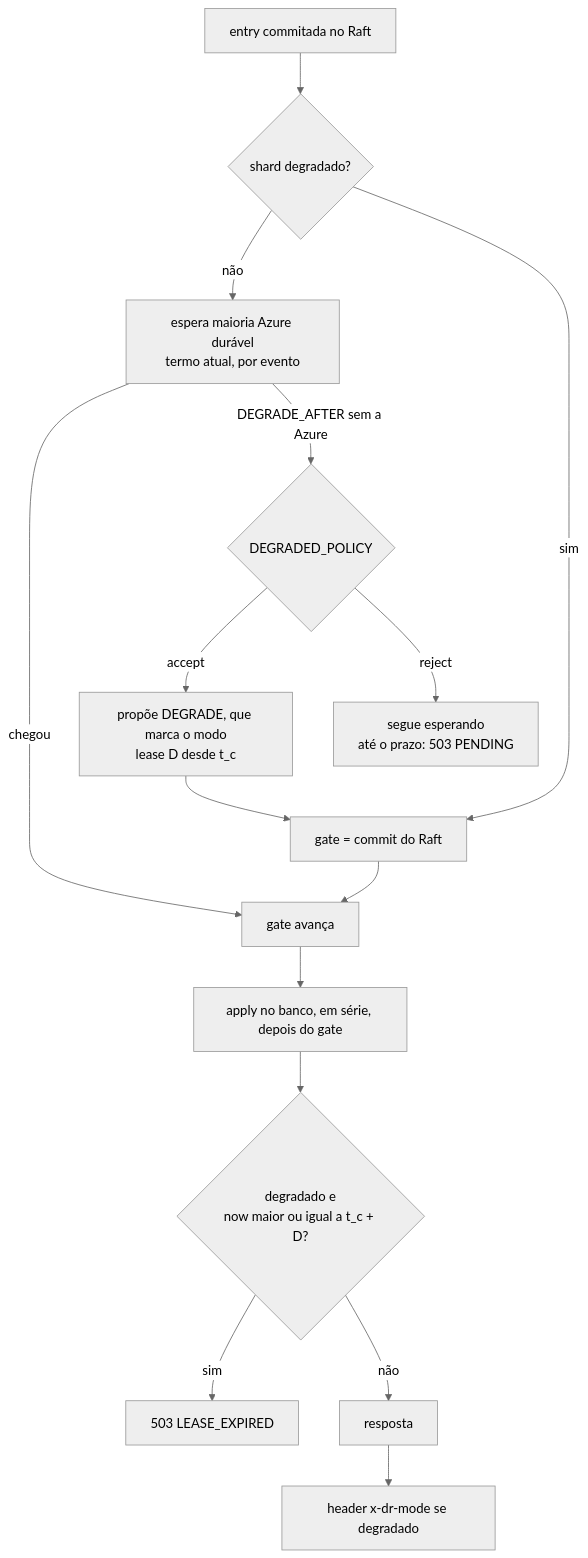
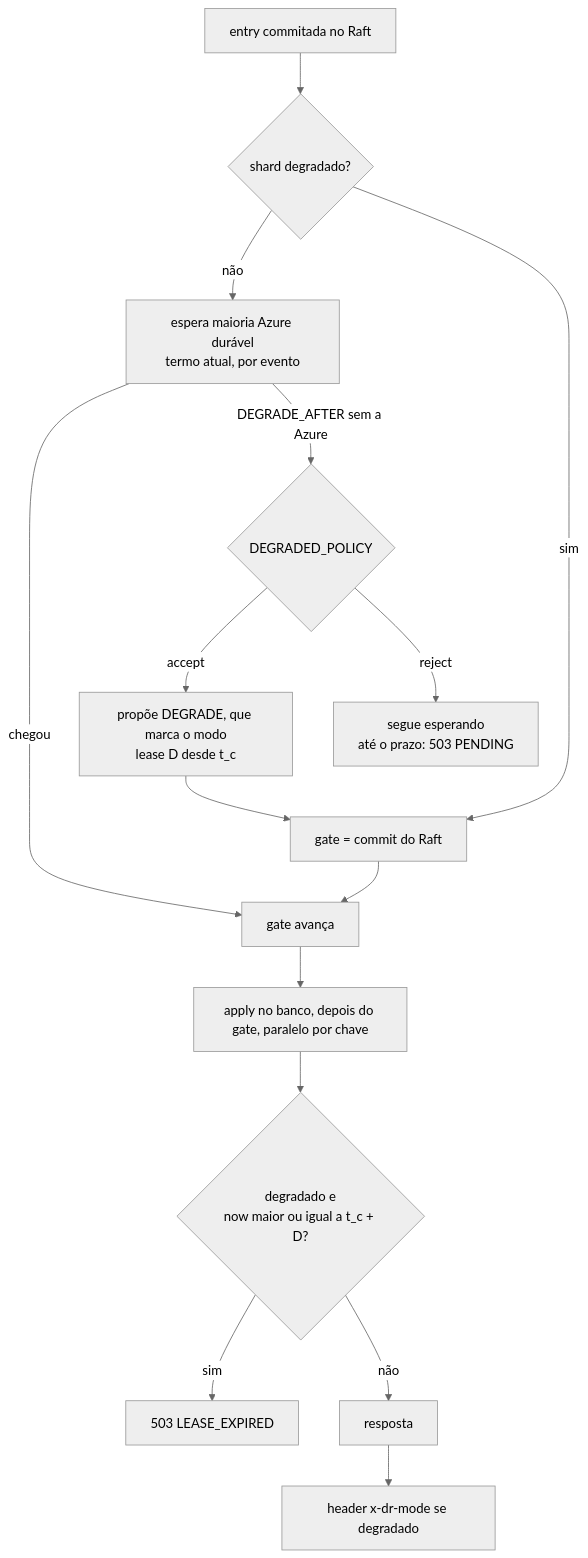
Before and after one commit to brbarmex/k: the seventh of 10 diagrams in doc/05_implementacao/02_desenho_e_diagramas.md, drawn with Mermaid (neutral theme). The commit also changed other lines of this file and 124 other files, not shown here.

````diff
--- a/doc/05_implementacao/02_desenho_e_diagramas.md
+++ b/doc/05_implementacao/02_desenho_e_diagramas.md
@@ -229,17 +229,17 @@
 ```mermaid
 flowchart TD
     A["entry commitada no Raft"] --> B{"shard degradado?"}
     B -->|não| C["espera maioria Azure durável<br/>termo atual, por evento"]
     B -->|sim| D["gate = commit do Raft"]
     C -->|chegou| E["gate avança"]
     C -->|"DEGRADE_AFTER sem a Azure"| P{"DEGRADED_POLICY"}
     P -->|accept| F["propõe DEGRADE, que marca o modo<br/>lease D desde t_c"]
     P -->|reject| R["segue esperando<br/>até o prazo: 503 PENDING"]
     F --> D
     D --> E
-    E --> G["apply no banco, em série, depois do gate"]
+    E --> G["apply no banco, depois do gate, paralelo por chave"]
     G --> L{"degradado e<br/>now maior ou igual a t_c + D?"}
     L -->|sim| X["503 LEASE_EXPIRED"]
     L -->|não| K["resposta"]
     K --> M["header x-dr-mode se degradado"]
 ```
````
